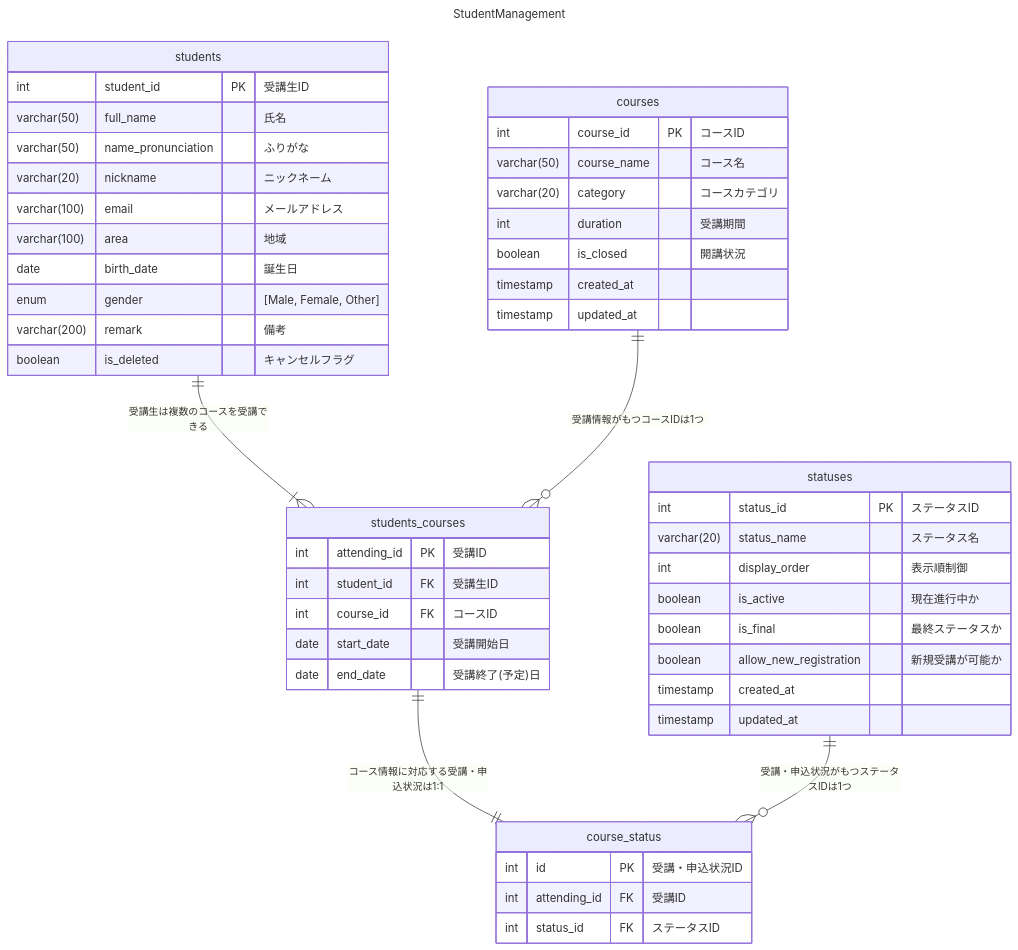
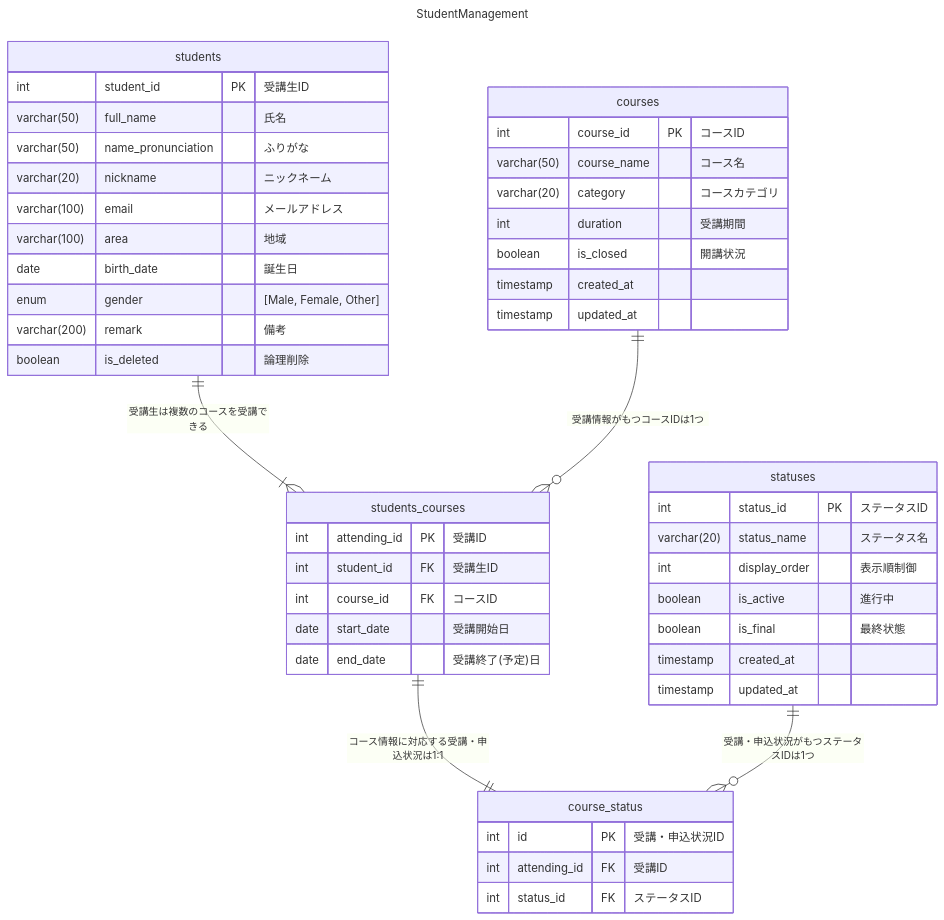
Before and after one commit to aym0546/student.management: the diagram in README.md, drawn with Mermaid.

````diff
--- a/README.md
+++ b/README.md
@@ -9,59 +9,58 @@
 ```mermaid
 ---
 title: "StudentManagement"
 ---
 
 erDiagram
     students ||--|{ students_courses: "受講生は複数のコースを受講できる"
     students_courses ||--|| course_status: "コース情報に対応する受講・申込状況は1:1"
     courses ||--o{ students_courses: "受講情報がもつコースIDは1つ"
     statuses ||--o{ course_status: "受講・申込状況がもつステータスIDは1つ"
 
     students {
         int student_id PK "受講生ID"
         varchar(50) full_name "氏名"
         varchar(50) name_pronunciation "ふりがな"
         varchar(20) nickname "ニックネーム"
         varchar(100) email "メールアドレス"
         varchar(100) area "地域"
         date birth_date "誕生日"
         enum gender "[Male, Female, Other]"
         varchar(200) remark "備考"
-        boolean is_deleted "キャンセルフラグ"
+        boolean is_deleted "論理削除"
     }
 
     students_courses {
         int attending_id PK "受講ID"
         int student_id FK "受講生ID"
         int course_id FK "コースID"
         date start_date "受講開始日"
         date end_date "受講終了(予定)日"
     }
 
     courses {
         int course_id PK "コースID"
         varchar(50) course_name "コース名"
         varchar(20) category "コースカテゴリ"
         int duration "受講期間"
         boolean is_closed "開講状況"
         timestamp created_at
         timestamp updated_at
     }
 
     course_status {
         int id PK "受講・申込状況ID"
         int attending_id FK "受講ID"
         int status_id FK "ステータスID"
     }
 
     statuses {
         int status_id PK "ステータスID"
         varchar(20) status_name "ステータス名"
         int display_order "表示順制御"
-        boolean is_active "現在進行中か"
-        boolean is_final "最終ステータスか"
-        boolean allow_new_registration "新規受講が可能か"
+        boolean is_active "進行中"
+        boolean is_final "最終状態"
         timestamp created_at
         timestamp updated_at
     }
 ```
````
